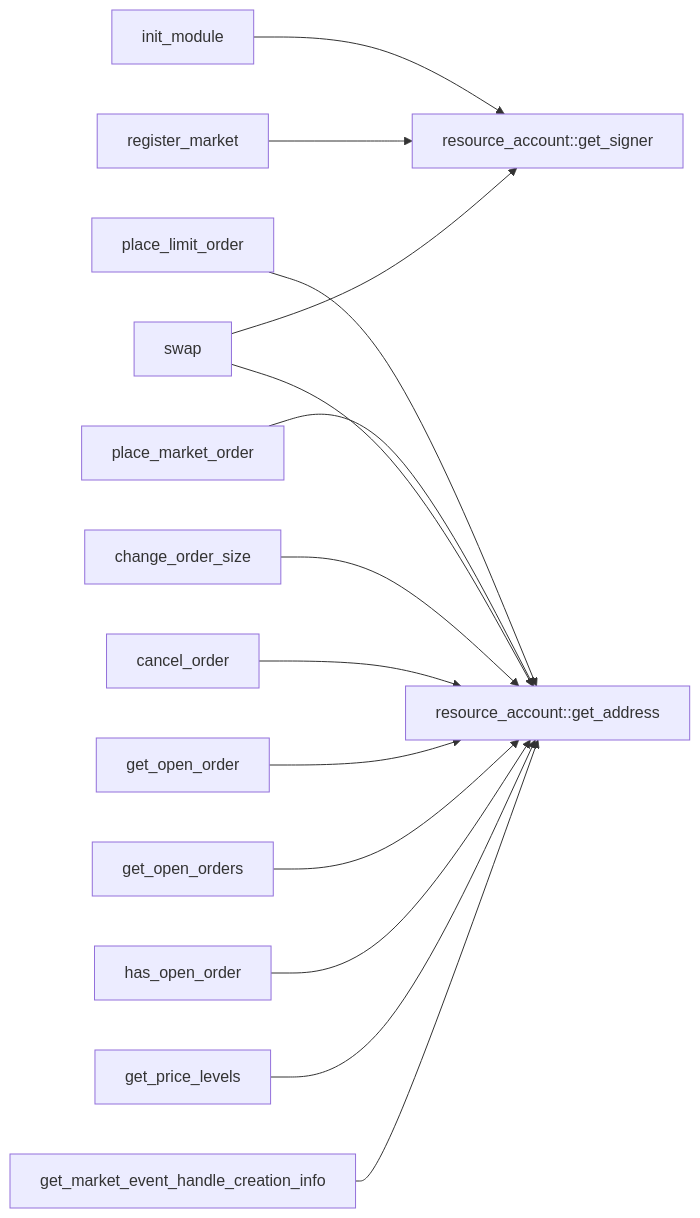
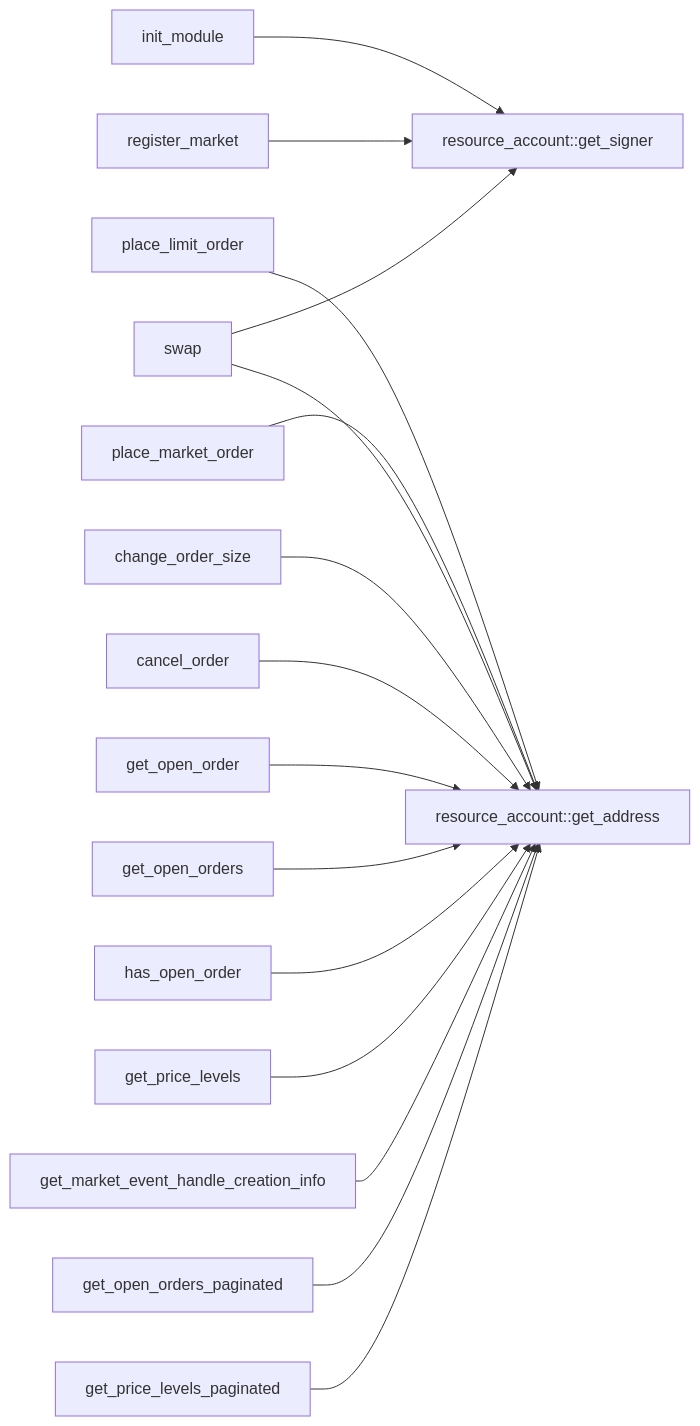
Before and after one commit to econia-labs/econia: the ninth of 10 diagrams in src/move/econia/doc/market.md, drawn with Mermaid. The commit also changed other lines of this file and 1 other file, not shown here.

Commit message:
Update market dep charts

````diff
--- a/src/move/econia/doc/market.md
+++ b/src/move/econia/doc/market.md
@@ -450,31 +456,35 @@
 ``` mermaid
 
 flowchart LR
 
 init_module --> resource_account::get_signer
 
 register_market --> resource_account::get_signer
 
 place_limit_order --> resource_account::get_address
 
 place_market_order --> resource_account::get_address
 
 swap --> resource_account::get_address
 swap --> resource_account::get_signer
 
 change_order_size --> resource_account::get_address
 
 cancel_order --> resource_account::get_address
 
 get_open_order --> resource_account::get_address
 
 get_open_orders --> resource_account::get_address
 
 has_open_order --> resource_account::get_address
 
 get_price_levels --> resource_account::get_address
 
 get_market_event_handle_creation_info -->
 resource_account::get_address
 
+get_open_orders_paginated --> resource_account::get_address
+
+get_price_levels_paginated --> resource_account::get_address
+
 ```
````
